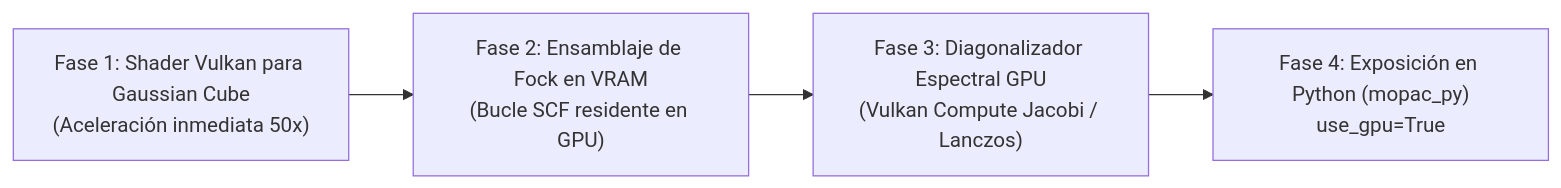
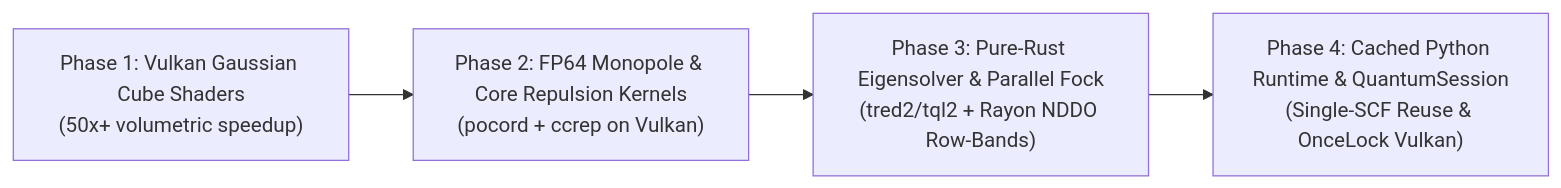
The second of 2 diagrams in explanations/07_MOPAC_RS_HARDWARE_ACCELERATION_AND_PERFORMANCE_AUDIT.md (zephsystems/mopac_rs), drawn with Mermaid before and after one commit. The commit also changed other lines of this file and 50 other files, not shown here.

Commit message:
release: v0.2.0 — DOP parallel SCF engine, compact COSMO, QuantumSession, and Python API parity

````diff
--- a/explanations/07_MOPAC_RS_HARDWARE_ACCELERATION_AND_PERFORMANCE_AUDIT.md
+++ b/explanations/07_MOPAC_RS_HARDWARE_ACCELERATION_AND_PERFORMANCE_AUDIT.md
@@ -108,6 +104,6 @@
 ```mermaid
 flowchart LR
-    A["Fase 1: Shader Vulkan para Gaussian Cube<br/>(Aceleración inmediata 50x)"] --> B["Fase 2: Ensamblaje de Fock en VRAM<br/>(Bucle SCF residente en GPU)"]
-    B --> C["Fase 3: Diagonalizador Espectral GPU<br/>(Vulkan Compute Jacobi / Lanczos)"]
-    C --> D["Fase 4: Exposición en Python (mopac_py)<br/>use_gpu=True"]
+    A["Phase 1: Vulkan Gaussian Cube Shaders<br/>(50x+ volumetric speedup)"] --> B["Phase 2: FP64 Monopole & Core Repulsion Kernels<br/>(pocord + ccrep on Vulkan)"]
+    B --> C["Phase 3: Pure-Rust Eigensolver & Parallel Fock<br/>(tred2/tql2 + Rayon NDDO Row-Bands)"]
+    C --> D["Phase 4: Cached Python Runtime & QuantumSession<br/>(Single-SCF Reuse & OnceLock Vulkan)"]
 ```
````
